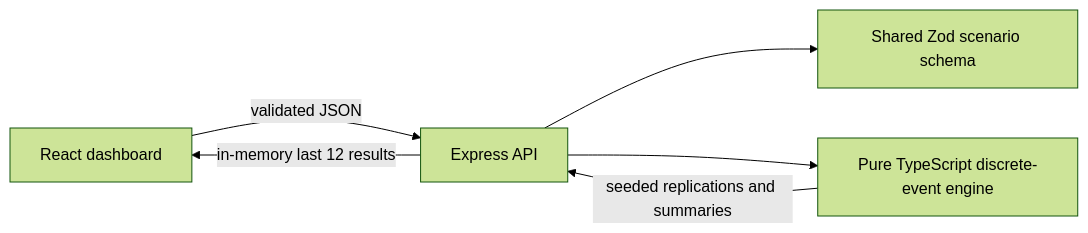
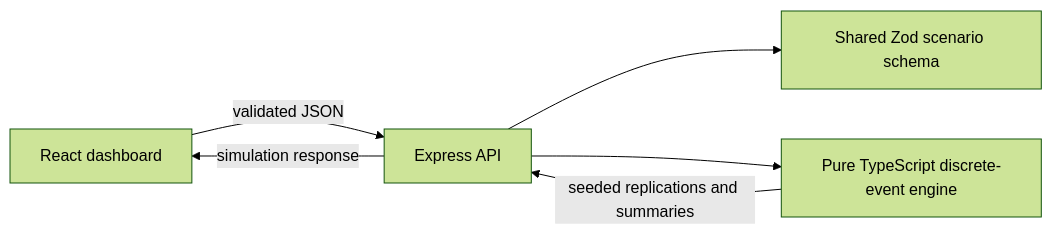
The diagram in README.md (infoshubhjain/hospital-digital-twin), drawn with Mermaid (forest theme) before and after one commit. The commit also changed other lines of this file and 7 other files, not shown here.

````diff
--- a/README.md
+++ b/README.md
@@ -46,8 +46,8 @@
 ```mermaid
 flowchart LR
   UI[React dashboard] -->|validated JSON| API[Express API]
   API --> Schema[Shared Zod scenario schema]
   API --> Engine[Pure TypeScript discrete-event engine]
   Engine -->|seeded replications and summaries| API
-  API -->|in-memory last 12 results| UI
+  API -->|simulation response| UI
 ```
````
